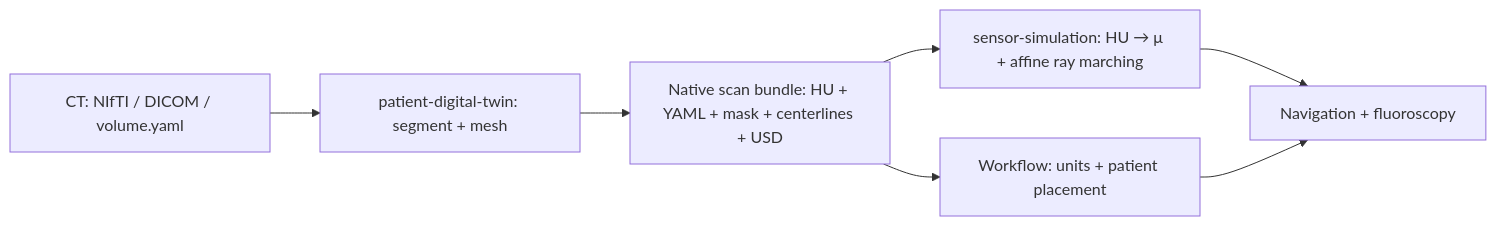
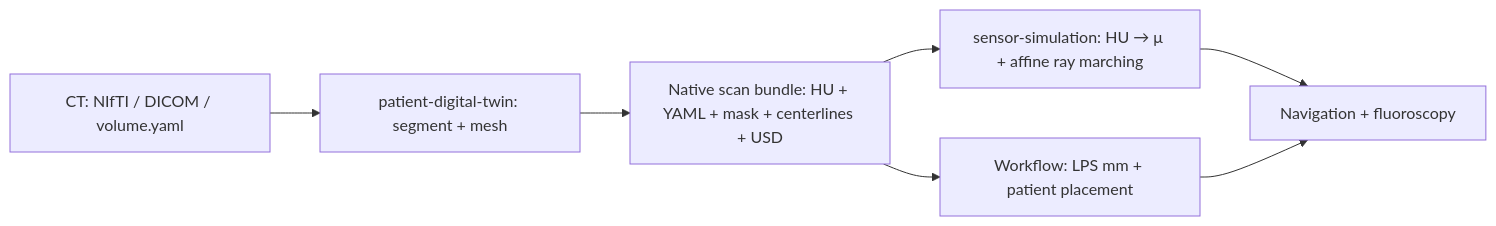
Before and after one commit to isaac-for-healthcare/i4h-workflows: the diagram in tools/patient_twin/README.md, drawn with Mermaid. The commit also changed other lines of this file and 27 other files, not shown here.

First line of the commit message:
Resolve patient bundles to LPS millimetres once and drop schema 1

````diff
--- a/tools/patient_twin/README.md
+++ b/tools/patient_twin/README.md
@@ -51,9 +49,9 @@
 ```mermaid
 flowchart LR
     C["CT: NIfTI / DICOM / volume.yaml"] --> P["patient-digital-twin: segment + mesh"]
     P --> B["Native scan bundle: HU + YAML + mask + centerlines + USD"]
     B --> X["sensor-simulation: HU → μ + affine ray marching"]
-    B --> W["Workflow: units + patient placement"]
+    B --> W["Workflow: LPS mm + patient placement"]
     X --> F["Navigation + fluoroscopy"]
     W --> F
 ```
````
